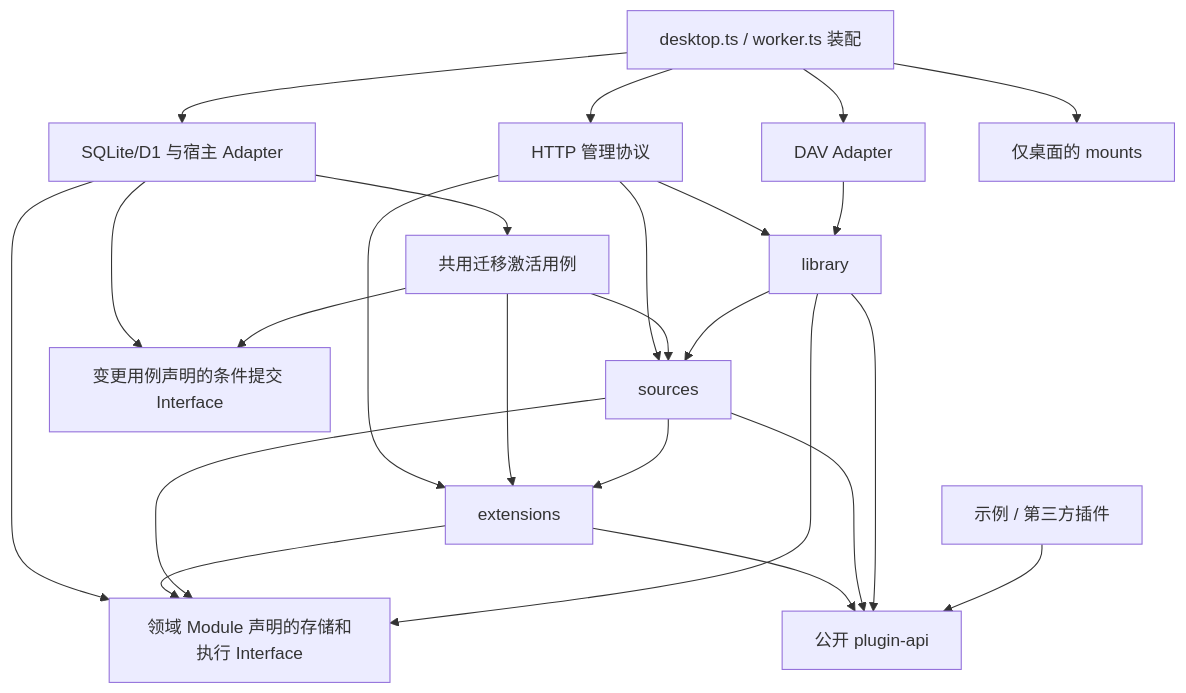
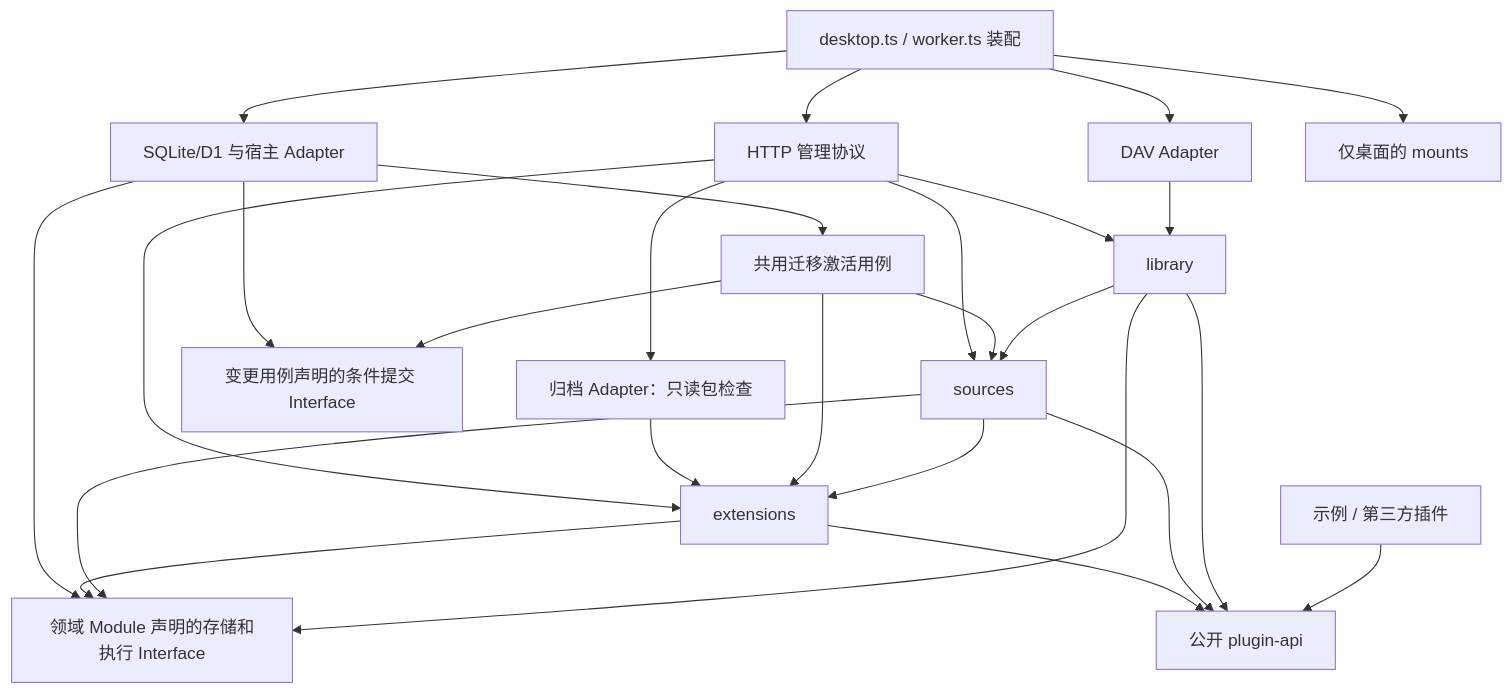
One commit to shengyusi-SYS/musicfs changed the ninth of 13 diagrams in docs/architecture/diagrams.md. Above: the diagram before and after it, drawn with Mermaid. The commit also changed other lines of this file and 23 other files, not shown here.

````diff
--- a/docs/architecture/diagrams.md
+++ b/docs/architecture/diagrams.md
@@ -280,26 +280,28 @@
 ```mermaid
 flowchart TD
   Entry[desktop.ts / worker.ts 装配] --> HTTP[HTTP 管理协议]
   Entry --> DAV[DAV Adapter]
   Entry --> Infra[SQLite/D1 与宿主 Adapter]
   Entry --> Mounts[仅桌面的 mounts]
   Infra --> UC[共用迁移激活用例]
   HTTP --> L[library]
   HTTP --> S[sources]
   HTTP --> E[extensions]
+  HTTP --> Archive[归档 Adapter：只读包检查]
+  Archive --> E
   DAV --> L
   UC --> E
   UC --> S
   L --> S
   S --> E
   E --> API[公开 plugin-api]
   S --> API
   L --> API
   P[示例 / 第三方插件] --> API
   Infra --> Ports[领域 Module 声明的存储和执行 Interface]
   Infra --> ChangeStore[变更用例声明的条件提交 Interface]
   UC --> ChangeStore
   E --> Ports
   S --> Ports
   L --> Ports
 ```
````
